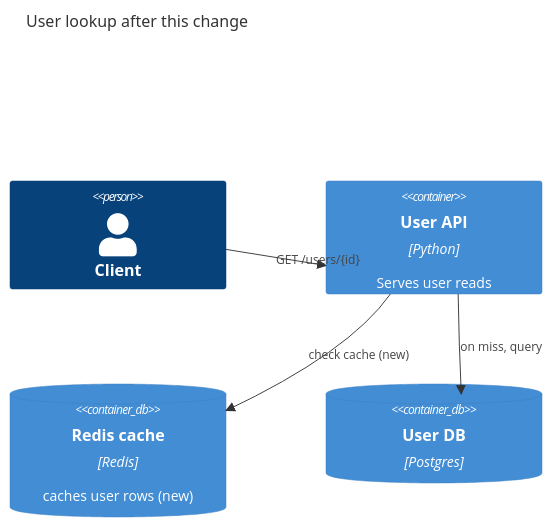
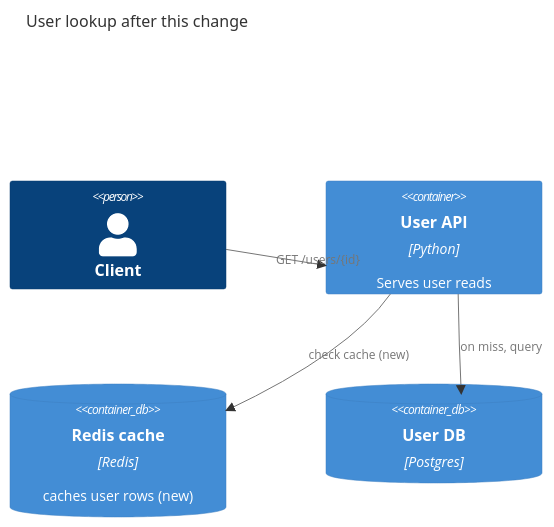
One commit to MattJColes/lgtmaybe changed the diagram in docs/how-to/generate-a-change-diagram.md. Above: the diagram before and after it, drawn with Mermaid. The commit also changed other lines of this file and 3 other files, not shown here.

First line of the commit message:
fix(diagram): keep C4 relationship lines readable in GitHub dark mode

````diff
--- a/docs/how-to/generate-a-change-diagram.md
+++ b/docs/how-to/generate-a-change-diagram.md
@@ -40,11 +43,14 @@
 ```mermaid
 C4Container
     title User lookup after this change
     Person(client, "Client")
     Container(api, "User API", "Python", "Serves user reads")
     ContainerDb(cache, "Redis cache", "Redis", "caches user rows (new)")
     ContainerDb(db, "User DB", "Postgres")
     Rel(client, api, "GET /users/{id}")
     Rel(api, cache, "check cache (new)")
     Rel(api, db, "on miss, query")
+    UpdateRelStyle(client, api, $textColor="#767676", $lineColor="#767676")
+    UpdateRelStyle(api, cache, $textColor="#767676", $lineColor="#767676")
+    UpdateRelStyle(api, db, $textColor="#767676", $lineColor="#767676")
 ```
````
